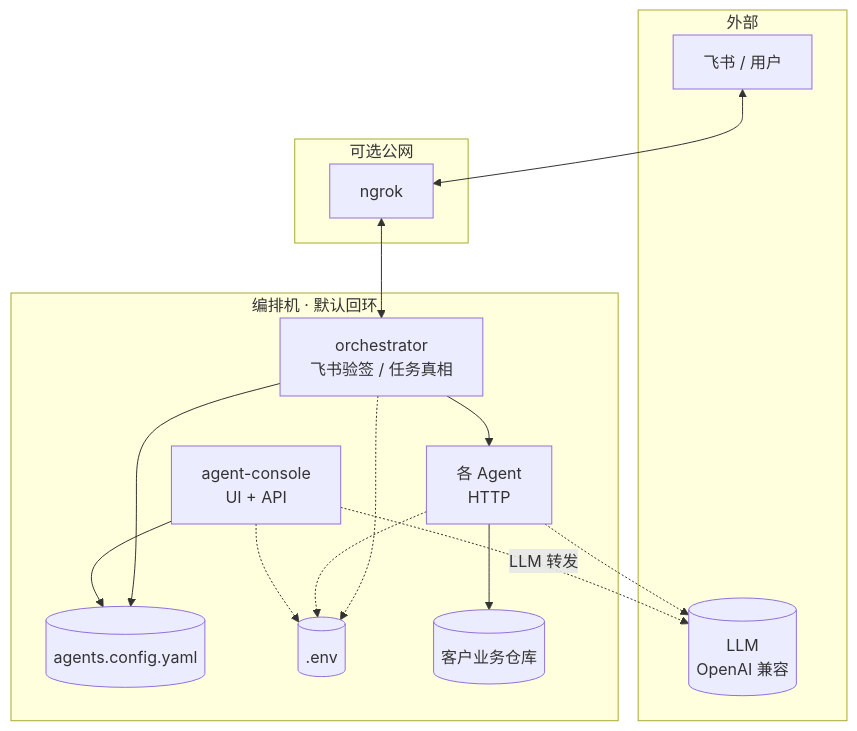
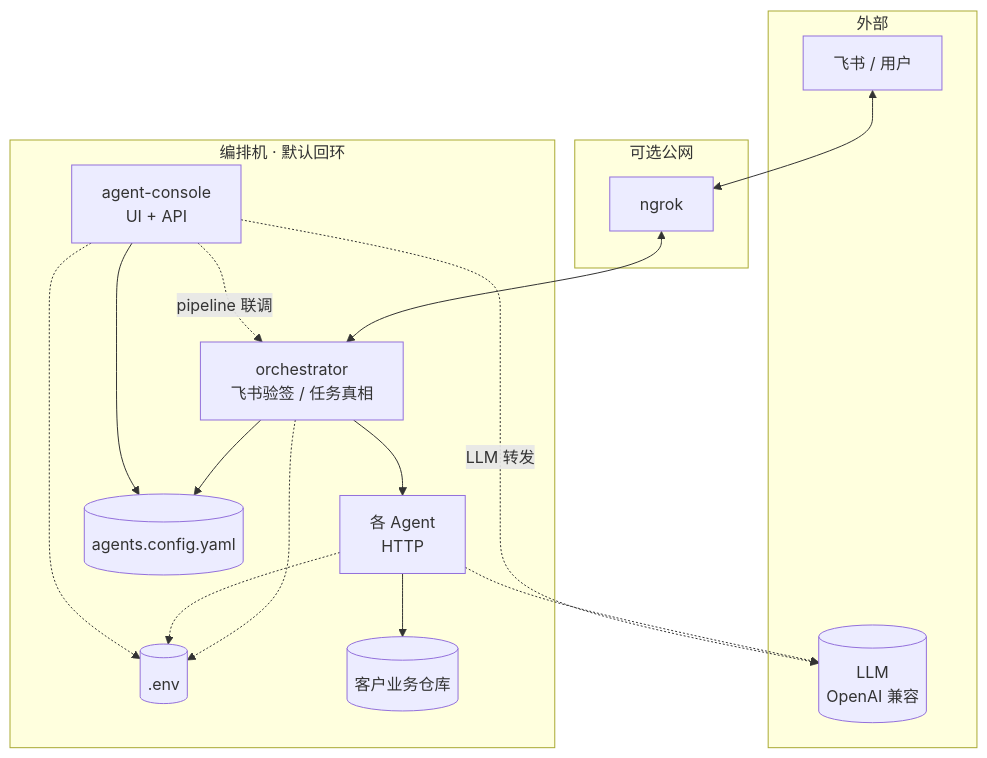
The first of 5 diagrams in docs/ARCHITECTURE.md (panzhanfei/agents-monorepo), drawn with Mermaid before and after one commit. The commit also changed other lines of this file and 39 other files, not shown here.

````diff
--- a/docs/ARCHITECTURE.md
+++ b/docs/ARCHITECTURE.md
@@ -13,29 +13,30 @@
 ```mermaid
 flowchart TB
   subgraph external [外部]
     U[飞书 / 用户]
     LLM[(LLM\nOpenAI 兼容)]
   end
   subgraph dmz [可选公网]
     NG[ngrok]
   end
   subgraph host [编排机 · 默认回环]
     OR[orchestrator\n飞书验签 / 任务真相]
     AG[各 Agent\nHTTP]
     AC[agent-console\nUI + API]
     CFG[(agents.config.yaml)]
     E[(.env)]
     WS[(客户业务仓库)]
   end
   U <--> NG
   NG <--> OR
-  OR --> AG
-  OR --> CFG
-  AG --> WS
-  AG -.-> LLM
-  AC --> CFG
-  AC -.LLM 转发.-> LLM
+    OR --> AG
+    OR --> CFG
+    AG --> WS
+    AG -.-> LLM
+    AC --> CFG
+    AC -.LLM 转发.-> LLM
+    AC -.pipeline 联调.-> OR
   OR -.-> E
   AG -.-> E
   AC -.-> E
 ```
````
